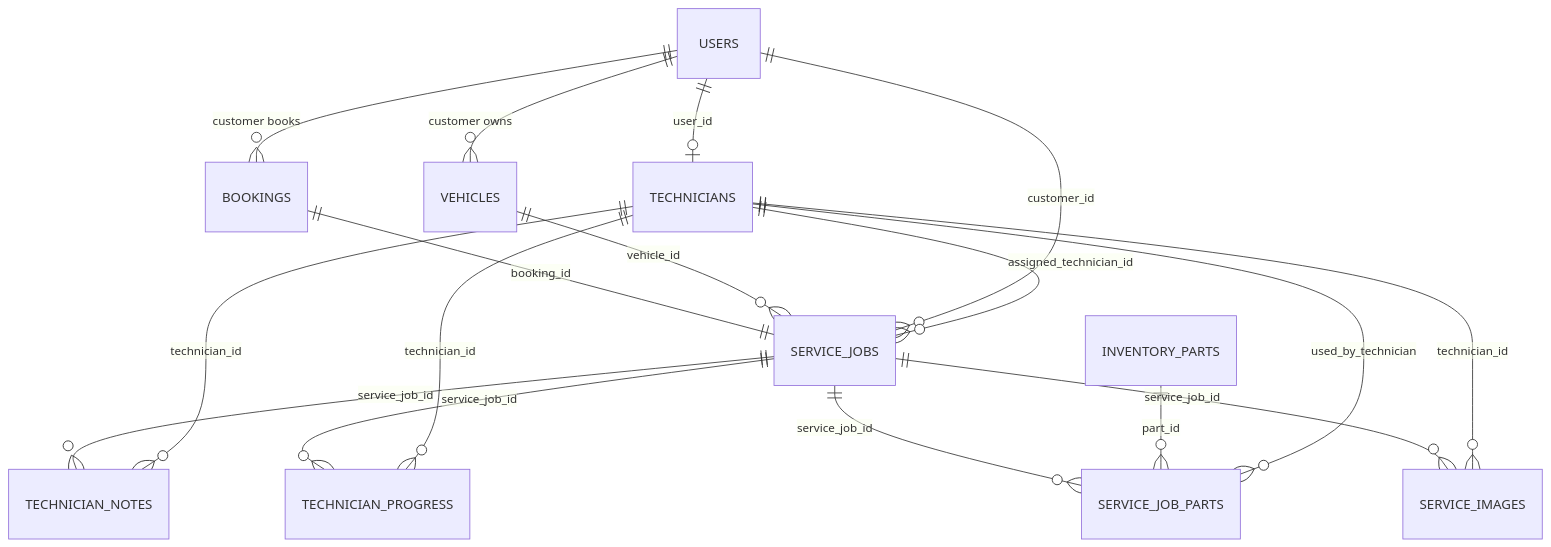
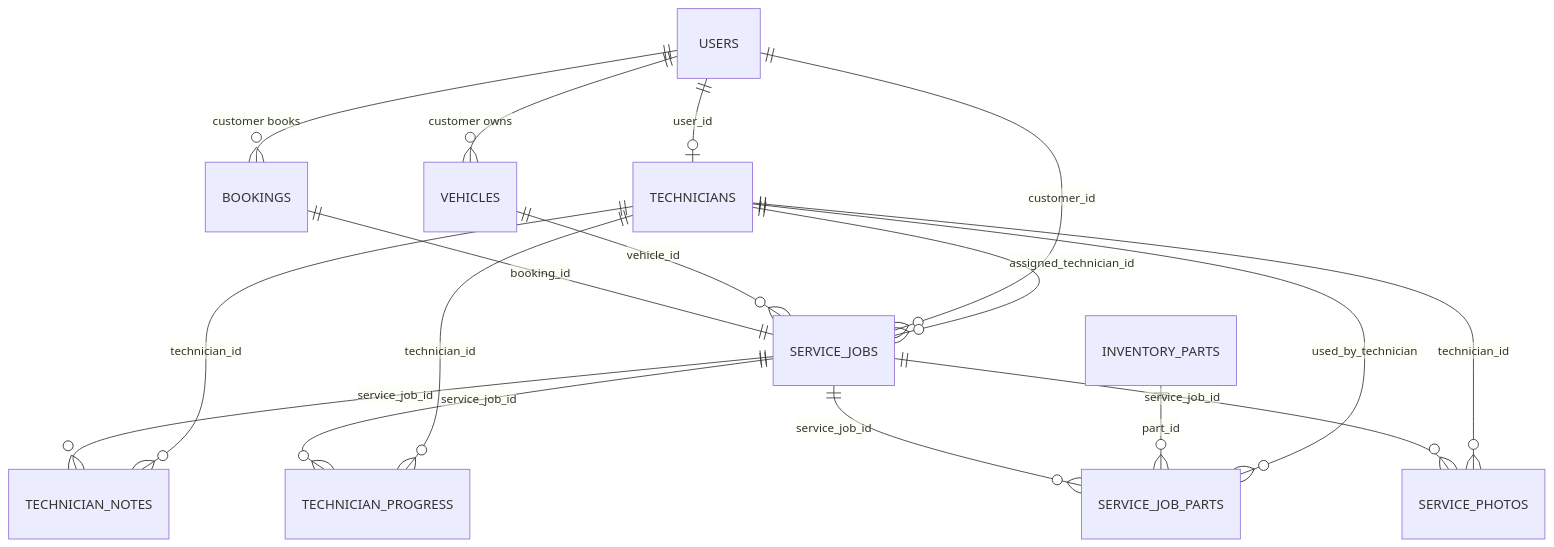
Before and after one commit to pramodnx7/smart-service-station-booking-management-system: the diagram in docs/technician-module.md, drawn with Mermaid. The commit also changed other lines of this file and 19 other files, not shown here.

````diff
--- a/docs/technician-module.md
+++ b/docs/technician-module.md
@@ -21,19 +21,19 @@
 ```mermaid
 erDiagram
   USERS ||--o| TECHNICIANS : "user_id"
   USERS ||--o{ VEHICLES : "customer owns"
   USERS ||--o{ BOOKINGS : "customer books"
   BOOKINGS ||--|| SERVICE_JOBS : "booking_id"
   VEHICLES ||--o{ SERVICE_JOBS : "vehicle_id"
   USERS ||--o{ SERVICE_JOBS : "customer_id"
   TECHNICIANS ||--o{ SERVICE_JOBS : "assigned_technician_id"
   SERVICE_JOBS ||--o{ TECHNICIAN_NOTES : "service_job_id"
   TECHNICIANS ||--o{ TECHNICIAN_NOTES : "technician_id"
   SERVICE_JOBS ||--o{ TECHNICIAN_PROGRESS : "service_job_id"
   TECHNICIANS ||--o{ TECHNICIAN_PROGRESS : "technician_id"
   SERVICE_JOBS ||--o{ SERVICE_JOB_PARTS : "service_job_id"
   INVENTORY_PARTS ||--o{ SERVICE_JOB_PARTS : "part_id"
   TECHNICIANS ||--o{ SERVICE_JOB_PARTS : "used_by_technician"
-  SERVICE_JOBS ||--o{ SERVICE_IMAGES : "service_job_id"
-  TECHNICIANS ||--o{ SERVICE_IMAGES : "technician_id"
+  SERVICE_JOBS ||--o{ SERVICE_PHOTOS : "service_job_id"
+  TECHNICIANS ||--o{ SERVICE_PHOTOS : "technician_id"
 ```
````
